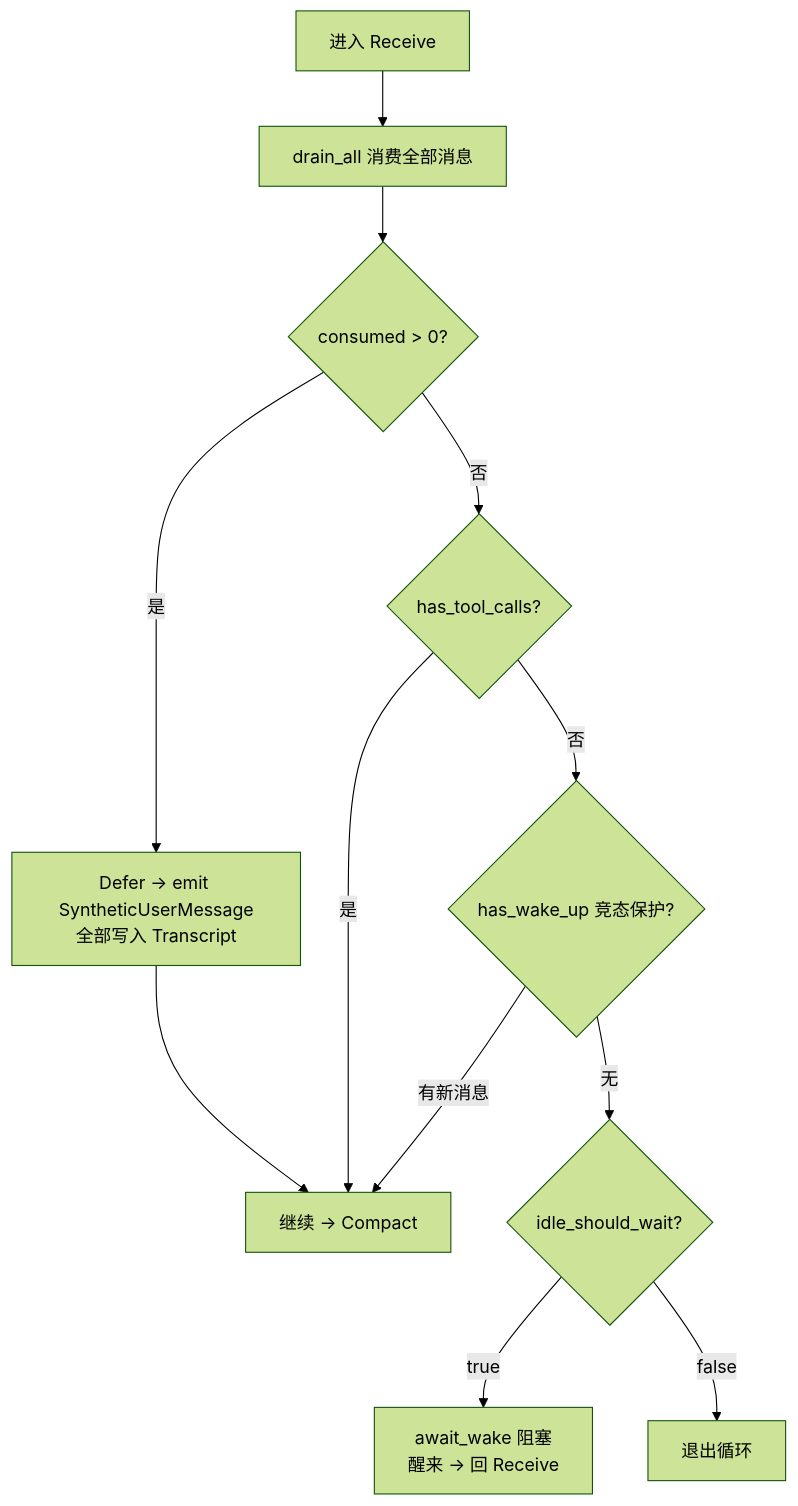
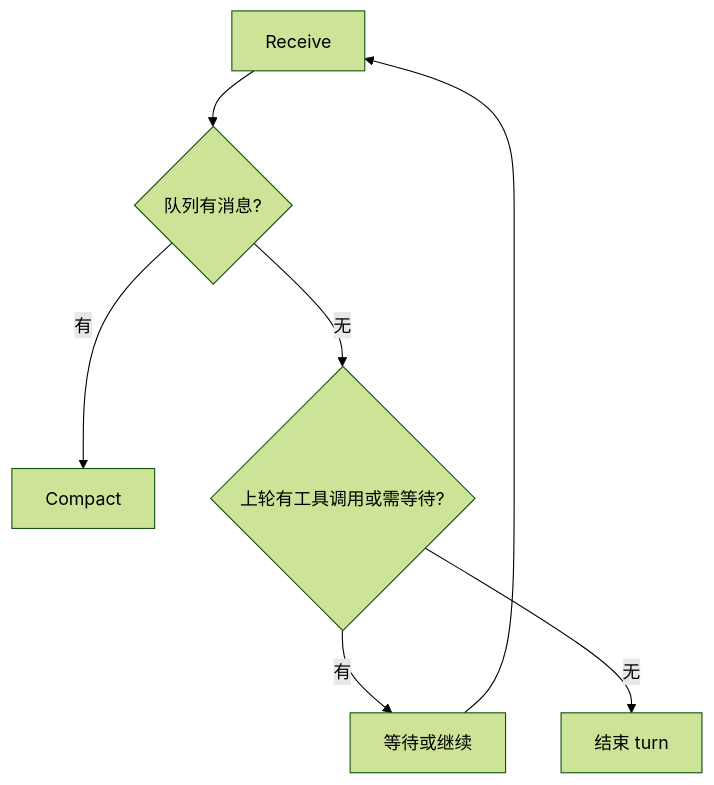
The second of 3 diagrams in src/content/posts/engineering/agent-loop.mdx (KonghaYao/peri-cool), drawn with Mermaid (forest theme) before and after one commit. The commit also changed other lines of this file and 18 other files, not shown here.

````diff
--- a/src/content/posts/engineering/agent-loop.mdx
+++ b/src/content/posts/engineering/agent-loop.mdx
@@ -60,14 +38,9 @@
 ```mermaid
 flowchart TD
-    A[进入 Receive] --> B[drain_all 消费全部消息]
-    B --> C{consumed > 0?}
-    C -->|是| D["Defer → emit SyntheticUserMessage\n全部写入 Transcript"]
-    D --> Z[继续 → Compact]
-    C -->|否| E{has_tool_calls?}
-    E -->|是| Z
-    E -->|否| F{has_wake_up 竞态保护?}
-    F -->|有新消息| Z
-    F -->|无| G{idle_should_wait?}
-    G -->|true| H["await_wake 阻塞\n醒来 → 回 Receive"]
-    G -->|false| I[退出循环]
+    R[Receive] --> Q{队列有消息?}
+    Q -->|有| C[Compact]
+    Q -->|无| T{上轮有工具调用或需等待?}
+    T -->|有| W[等待或继续]
+    W --> R
+    T -->|无| E[结束 turn]
 ```
````
